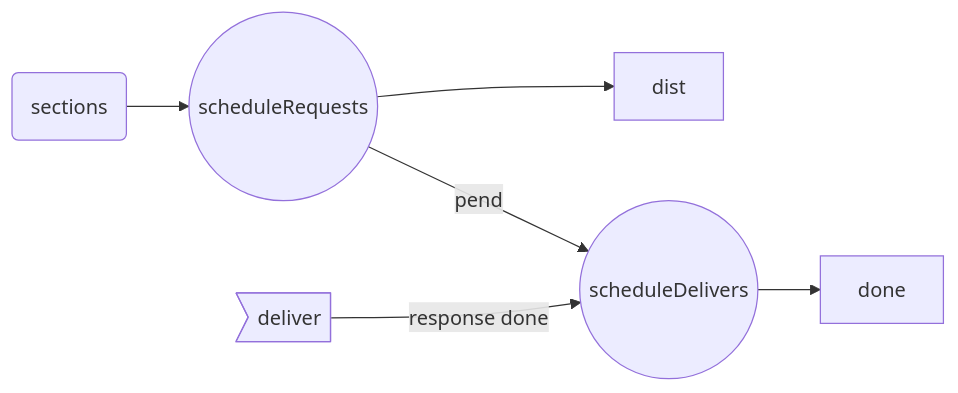
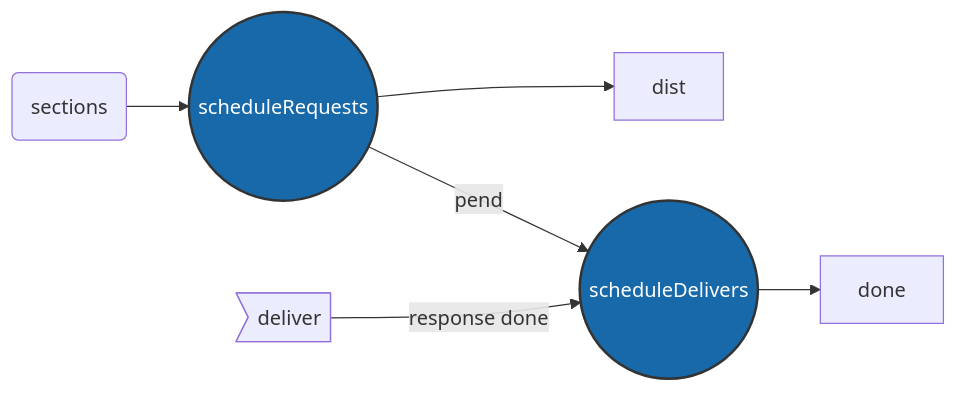
The diagram in core-bloombits-analysis.md (agiletechvn/go-ethereum-code-analysis), drawn with Mermaid before and after one commit.

Commit message:
update subgraph for core-bloombits

````diff
--- a/core-bloombits-analysis.md
+++ b/core-bloombits-analysis.md
@@ -97,11 +97,13 @@
 ```mermaid
 graph LR
 
 	id1(sections) --> id2((scheduleRequests))
 	id2 --> dist
 
 	id2 --pend--> id3((scheduleDelivers))
 	id4>deliver] --response done--> id3
 	id3 --> done
 
+	classDef blue fill:#1769aa,stroke:#333,stroke-width:2px,color:#fff;
+	class id3,id2 blue
 ```
````
